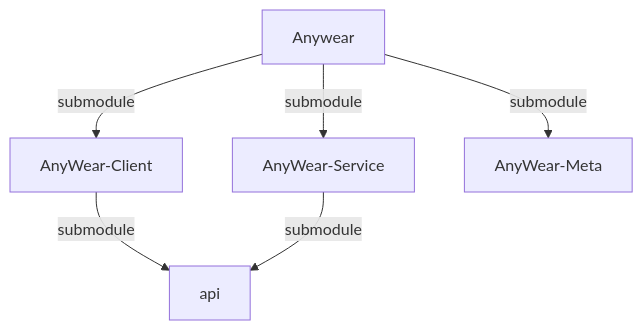
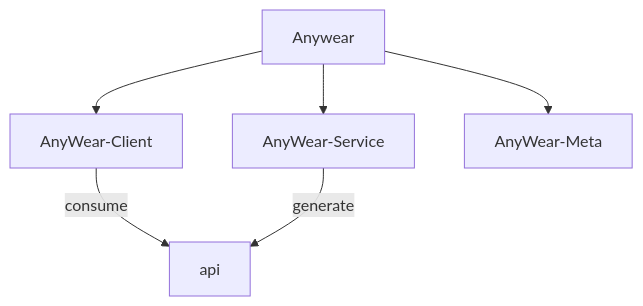
One commit to git-malu/AnyWear-E2E changed the diagram in AGENTS.md. Above: the diagram before and after it, drawn with Mermaid. The commit also changed other lines of this file, not shown here.

````diff
--- a/AGENTS.md
+++ b/AGENTS.md
@@ -18,8 +18,8 @@
 ```mermaid
 graph TD
-    Anywear --> |submodule| AnyWear-Client 
-    Anywear --> |submodule| AnyWear-Service
-    Anywear --> |submodule| AnyWear-Meta
-    AnyWear-Client --> |submodule| api
-    AnyWear-Service --> |submodule| api
+    Anywear --> AnyWear-Client 
+    Anywear --> AnyWear-Service
+    Anywear --> AnyWear-Meta
+    AnyWear-Client --> |consume| api
+    AnyWear-Service --> |generate| api
 ```
````
